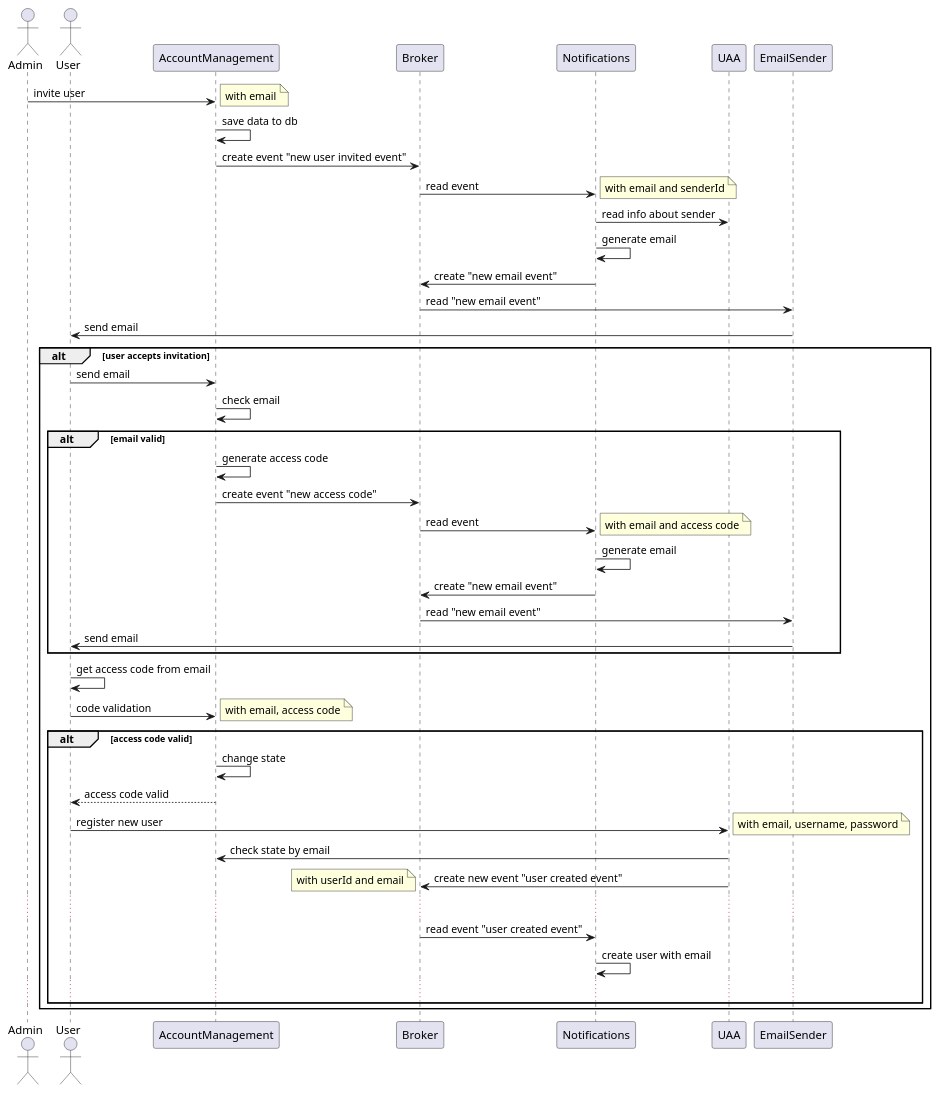
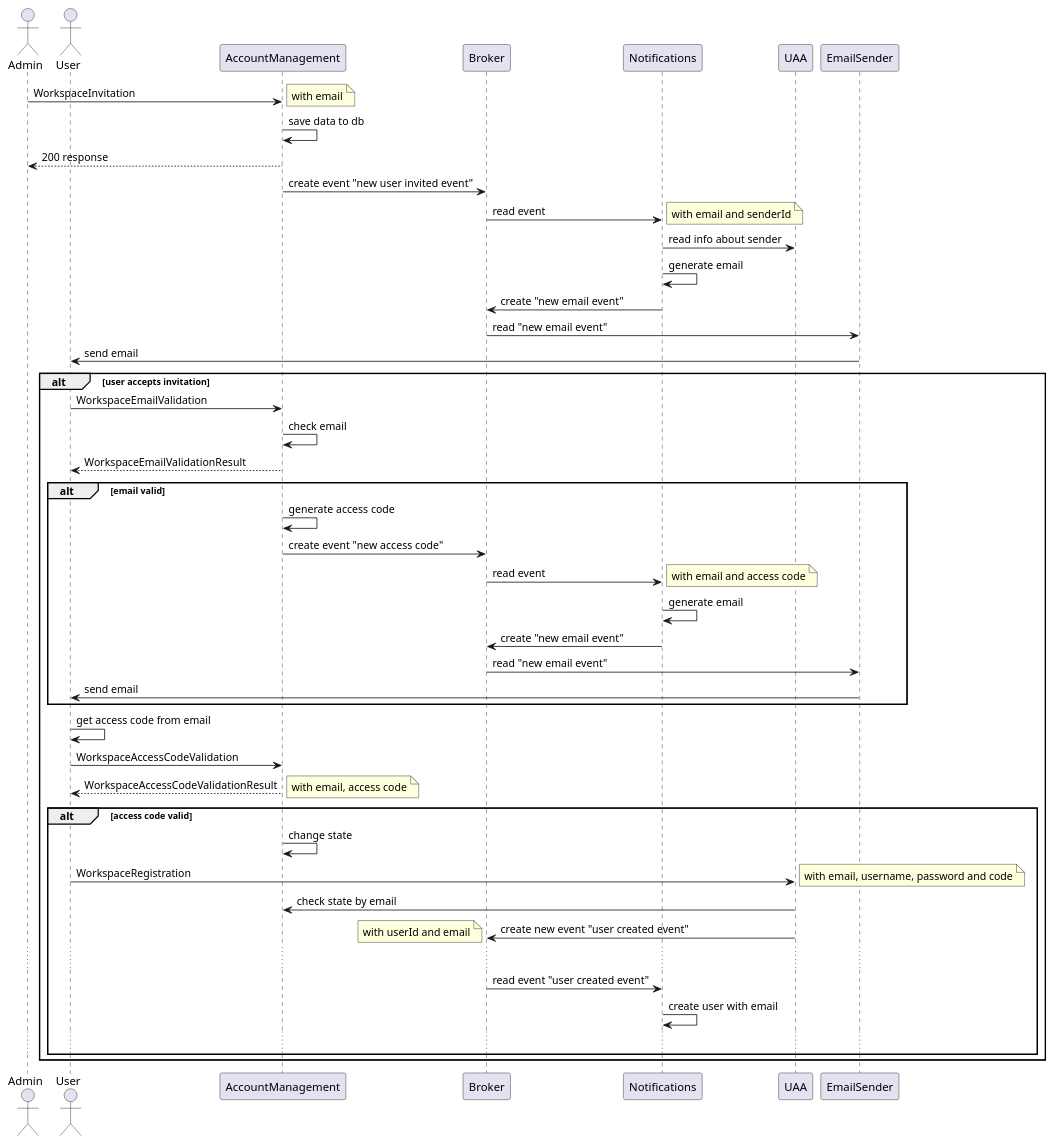
Before and after one commit to punchat/docs: the diagram in uml/sign-up.puml, drawn with PlantUML. The commit also changed 1 other file, not shown here.

Commit message:
add class diagrams

```diff
--- a/uml/sign-up.puml
+++ b/uml/sign-up.puml
@@ -1,47 +1,49 @@
 @startuml
 
 actor Admin
 actor User
 
-Admin -> AccountManagement: invite user
+Admin -> AccountManagement: WorkspaceInvitation
 note right: with email
 AccountManagement -> AccountManagement: save data to db
+AccountManagement --> Admin: 200 response
 AccountManagement -> Broker: create event "new user invited event"
 Broker -> Notifications: read event
 note right: with email and senderId
 Notifications -> UAA: read info about sender
 Notifications -> Notifications: generate email
 Notifications -> Broker: create "new email event"
 Broker -> EmailSender: read "new email event"
 EmailSender -> User: send email
 alt user accepts invitation
-    User -> AccountManagement: send email
+    User -> AccountManagement: WorkspaceEmailValidation
     AccountManagement -> AccountManagement: check email
+    AccountManagement --> User: WorkspaceEmailValidationResult
     alt email valid
-        AccountManagement->AccountManagement: generate access code
+        AccountManagement -> AccountManagement: generate access code
         AccountManagement -> Broker: create event "new access code"
         Broker -> Notifications: read event
         note right: with email and access code
         Notifications -> Notifications: generate email
         Notifications -> Broker: create "new email event"
         Broker -> EmailSender: read "new email event"
         EmailSender -> User: send email
     end
     User -> User: get access code from email
-    User -> AccountManagement: code validation
+    User -> AccountManagement: WorkspaceAccessCodeValidation
+    AccountManagement --> User: WorkspaceAccessCodeValidationResult
     note right: with email, access code
     alt access code valid
         AccountManagement -> AccountManagement: change state
-        AccountManagement --> User: access code valid
-        User->UAA: register new user
-        note right: with email, username, password
+        User -> UAA: WorkspaceRegistration
+        note right: with email, username, password and code
         UAA -> AccountManagement: check state by email
         UAA -> Broker: create new event "user created event"
         note left: with userId and email
         ...
         Broker -> Notifications: read event "user created event"
         Notifications -> Notifications: create user with email
         ...
     end
 end
 @enduml
```
